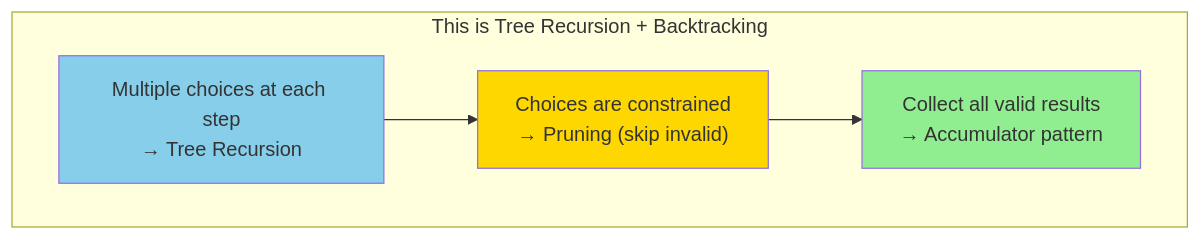
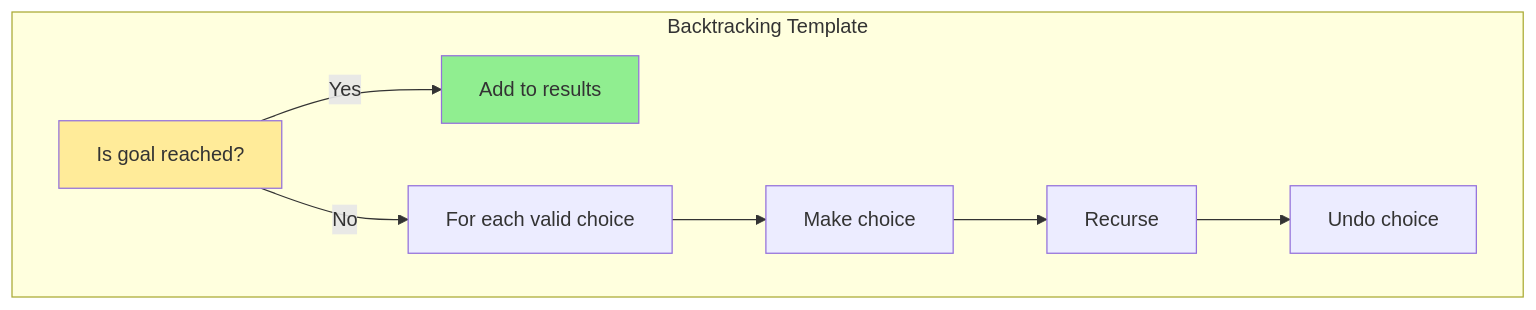
One commit to snesjhon/snesjhon changed the fourth of 4 diagrams in ysk/study-guides/022-generate-parentheses/study-guide.md. Above: the diagram before and after it, drawn with Mermaid. The commit also changed other lines of this file and 26 other files, not shown here.

````diff
--- a/ysk/study-guides/022-generate-parentheses/study-guide.md
+++ b/ysk/study-guides/022-generate-parentheses/study-guide.md
@@ -490,14 +537,18 @@
 ```mermaid
-graph TD
-    subgraph "This is Tree Recursion + Backtracking"
-        T1["Multiple choices at each step<br/>→ Tree Recursion"]
-        T2["Choices are constrained<br/>→ Pruning (skip invalid)"]
-        T3["Collect all valid results<br/>→ Accumulator pattern"]
+graph TB
+    subgraph "Backtracking Template"
+        A["Is goal reached?"]
+        B["Add to results"]
+        C["For each valid choice"]
+        D["Make choice"]
+        E["Recurse"]
+        F["Undo choice"]
     end
 
-    T1 --> T2 --> T3
+    A -->|Yes| B
+    A -->|No| C
+    C --> D --> E --> F
 
-    style T1 fill:#87CEEB
-    style T2 fill:#FFD700
-    style T3 fill:#90EE90
+    style A fill:#ffeb99
+    style B fill:#90EE90
 ```
````
